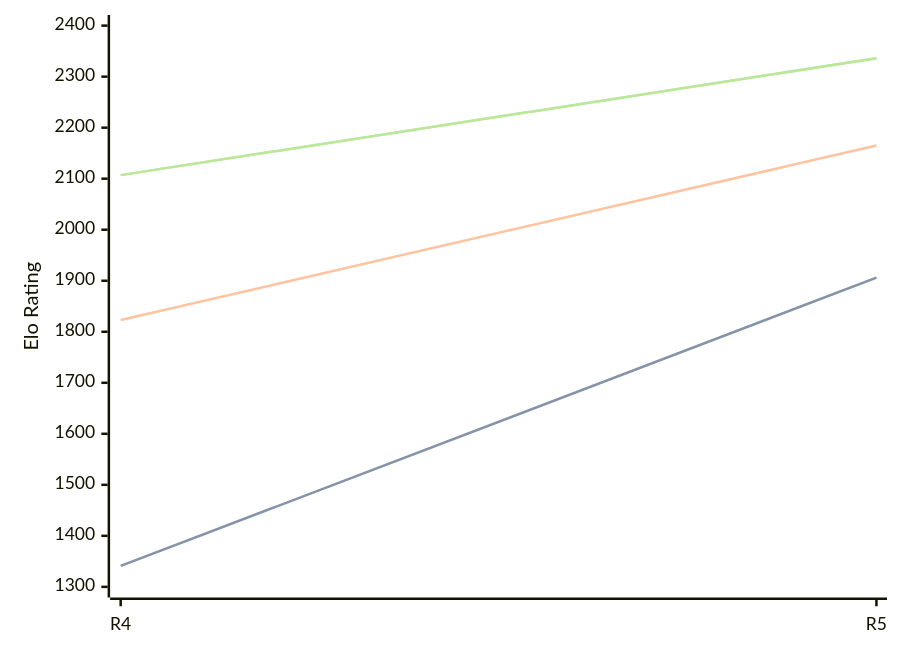
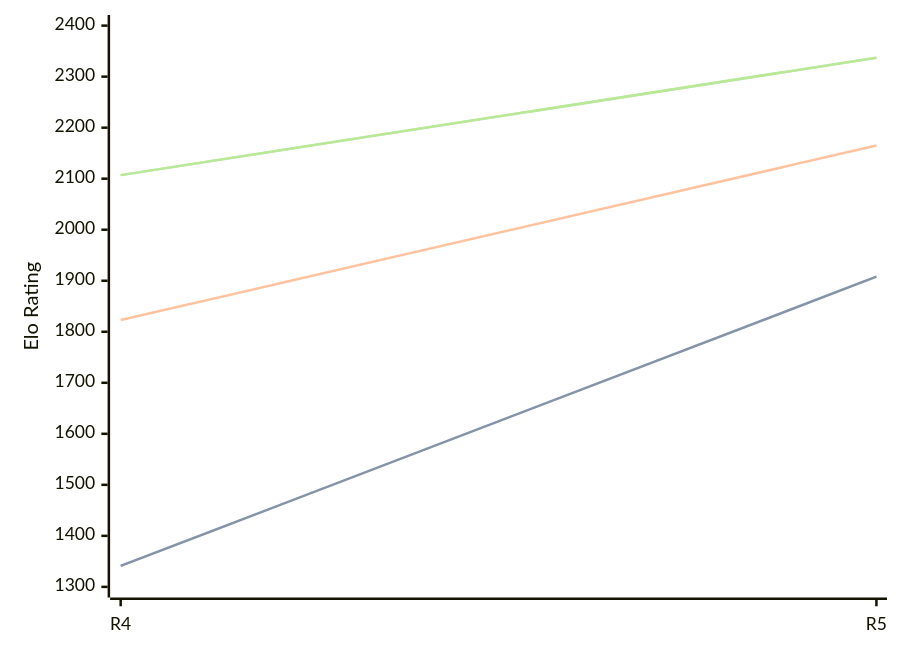
The diagram in engines/Viking.md (computer-chess-index/cci), drawn with Mermaid before and after one commit. The commit also changed other lines of this file, not shown here.

Commit message:
Update CCI Ratings (ELO VLTC) - 2026-08-16

````diff
--- a/engines/Viking.md
+++ b/engines/Viking.md
@@ -35,11 +35,11 @@
 ```mermaid
 %%{init: {"theme":"base","themeVariables":{"seriesColors:['#a3a3a3','#222221','#faa371']}}}%%
 xychart-beta
   x-axis ["R4", "R5"]
   y-axis "Elo Rating" 1300 --> 2400
-  line "STC (8.0+0.08s)" [1341, 1906]
-  line "STC (8.0+0.08s)" [1341, 1906]
+  line "STC (8.0+0.08s)" [1341, 1908]
+  line "STC (8.0+0.08s)" [1341, 1908]
   line "LTC (60.0+0.60s)" [1823, 2165]
-  line "VLTC (2m24s+1.12s)" [2107, 2336]
-  line "VLTC (2m24s+1.12s)" [2107, 2336]
+  line "VLTC (2m24s+1.12s)" [2107, 2337]
+  line "VLTC (2m24s+1.12s)" [2107, 2337]
 ```
````
